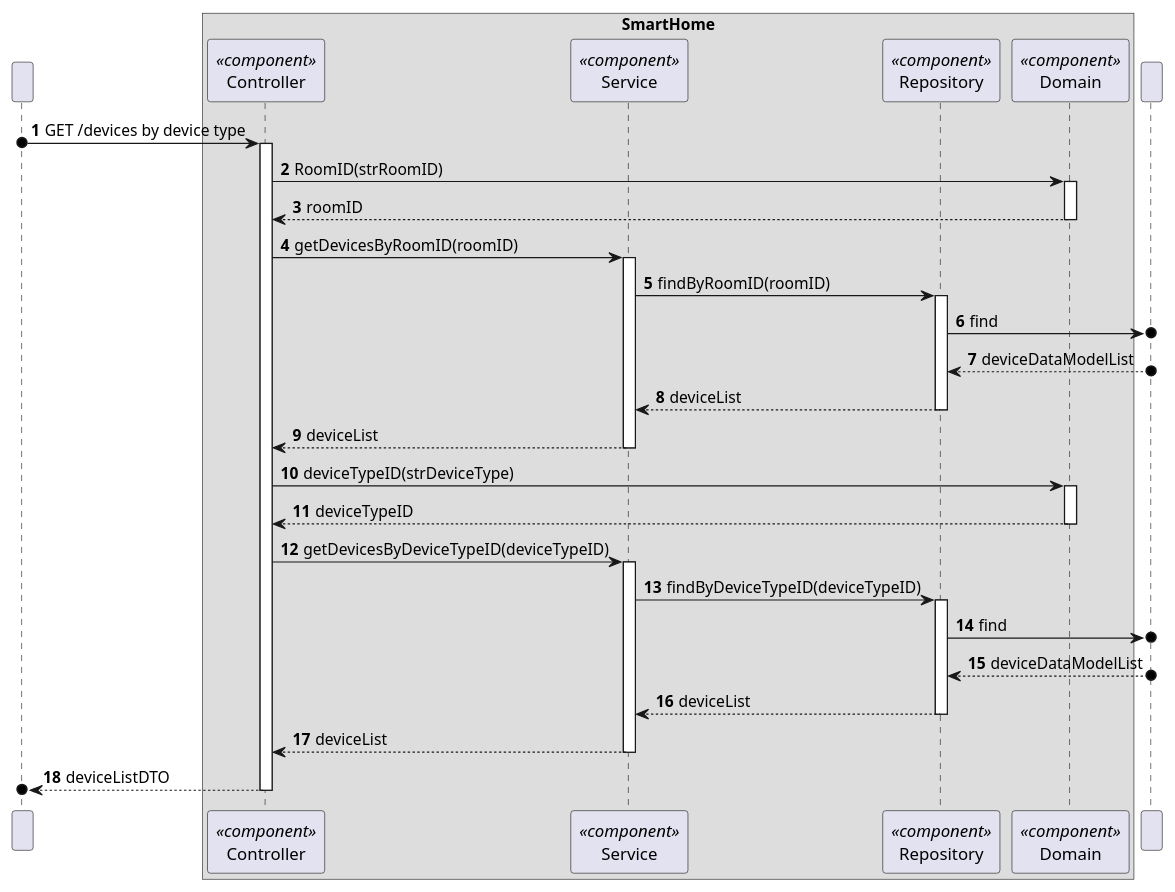
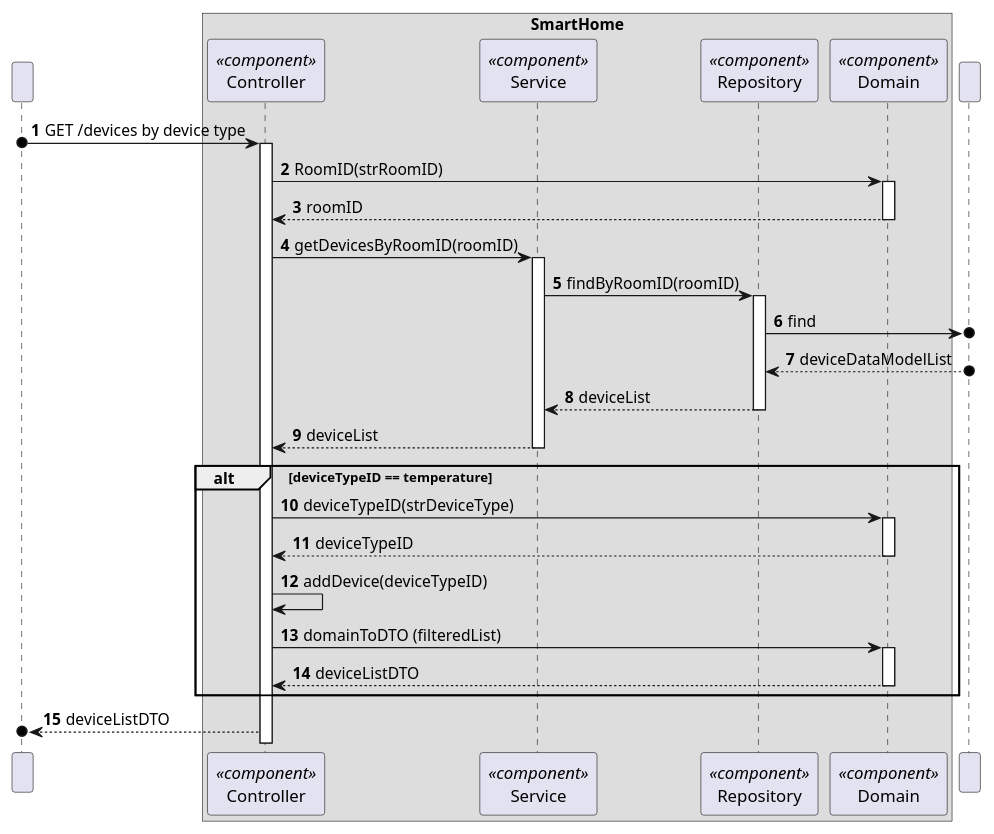
Before and after one commit to moutajDev/smarthome: the diagram in docs/C4_4plus1_models/Level4/ProcessView/ProcessViewLevel4_UC12.puml, drawn with PlantUML. The commit also changed 3 other files, not shown here.

```diff
--- a/docs/C4_4plus1_models/Level4/ProcessView/ProcessViewLevel4_UC12.puml
+++ b/docs/C4_4plus1_models/Level4/ProcessView/ProcessViewLevel4_UC12.puml
@@ -1,72 +1,69 @@
 @startuml
 'https://plantuml.com/sequence-diagram
 !pragma layout smetana
 
 autonumber
 
 participant " " as User
 
 box "SmartHome"
     participant "Controller" as CTRL<<component>>
     participant "Service" as SV<<component>>
     participant "Repository" as REPO<<component>>
     participant "Domain" as DOM<<component>>
 end box
     participant " " as BD
 
 User o-> CTRL : GET /devices by device type
 
 activate CTRL
 
 CTRL -> DOM : RoomID(strRoomID)
 activate DOM
 
 DOM --> CTRL : roomID
 deactivate DOM
 
 CTRL -> SV: getDevicesByRoomID(roomID)
 activate SV
 
 SV -> REPO : findByRoomID(roomID)
 activate REPO
 
 REPO ->o BD : find
 
 
 BD o--> REPO : deviceDataModelList
 
 REPO --> SV : deviceList
 deactivate REPO
 
 SV --> CTRL : deviceList
 deactivate REPO
 deactivate SV
 
+
+
+alt deviceTypeID == temperature
 CTRL -> DOM : deviceTypeID(strDeviceType)
 activate DOM
 
 DOM --> CTRL : deviceTypeID
 deactivate DOM
 
-CTRL -> SV : getDevicesByDeviceTypeID(deviceTypeID)
-activate SV
+CTRL -> CTRL : addDevice(deviceTypeID)
 
-SV -> REPO : findByDeviceTypeID(deviceTypeID)
-activate REPO
+CTRL -> DOM : domainToDTO (filteredList)
+activate DOM
 
-REPO ->o BD : find
+DOM --> CTRL : deviceListDTO
+deactivate DOM
 
-BD o--> REPO : deviceDataModelList
-
-REPO --> SV : deviceList
-deactivate REPO
-
-SV --> CTRL : deviceList
-deactivate SV
+end
 
 CTRL -->o User :deviceListDTO
-deactivate CTRL
+
 
 
 
 @enduml
```
